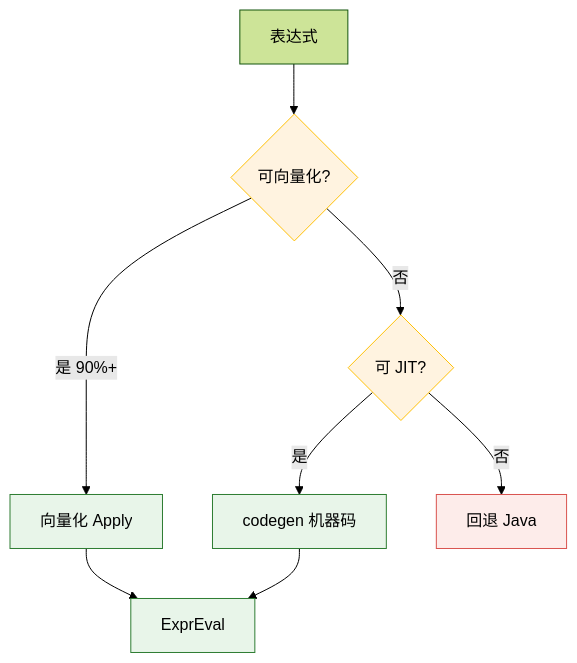
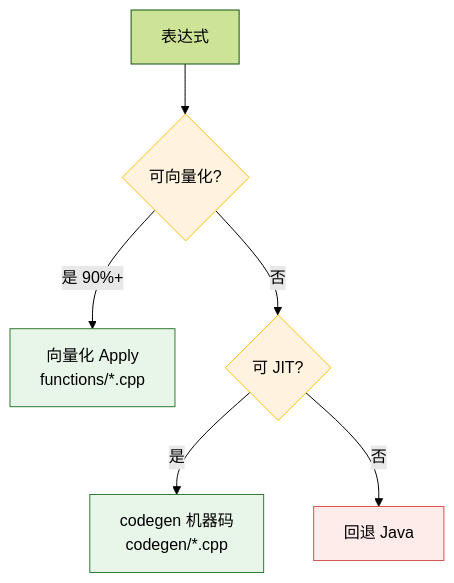
The third of 13 diagrams in manuscript.md (int2t05/internship), drawn with Mermaid (forest theme) before and after one commit. The commit also changed other lines of this file and 11 other files, not shown here.

First line of the commit message:
manuscript: 表达式两页合并 + mermaid 专业化 + 配文凝练

````diff
--- a/manuscript.md
+++ b/manuscript.md
@@ -189,16 +188,14 @@
 ```mermaid
 flowchart TD
     E["表达式"] --> P{可向量化?}
-    P -->|是 90%+| V["向量化 Apply"]
+    P -->|是 90%+| V["向量化 Apply<br/>functions/*.cpp"]
     P -->|否| C{可 JIT?}
-    C -->|是| G["codegen 机器码"]
+    C -->|是| G["codegen 机器码<br/>codegen/*.cpp"]
     C -->|否| J["回退 Java"]
-    G --> M["ExprEval"]
-    V --> M
     classDef ok fill:#E8F5E9,stroke:#2E7D32
     classDef dec fill:#FFF3E0,stroke:#FFC107
     classDef bad fill:#FDECEA,stroke:#D9534F
-    class V,G,M ok
+    class V,G ok
     class P,C dec
     class J bad
 ```
````
